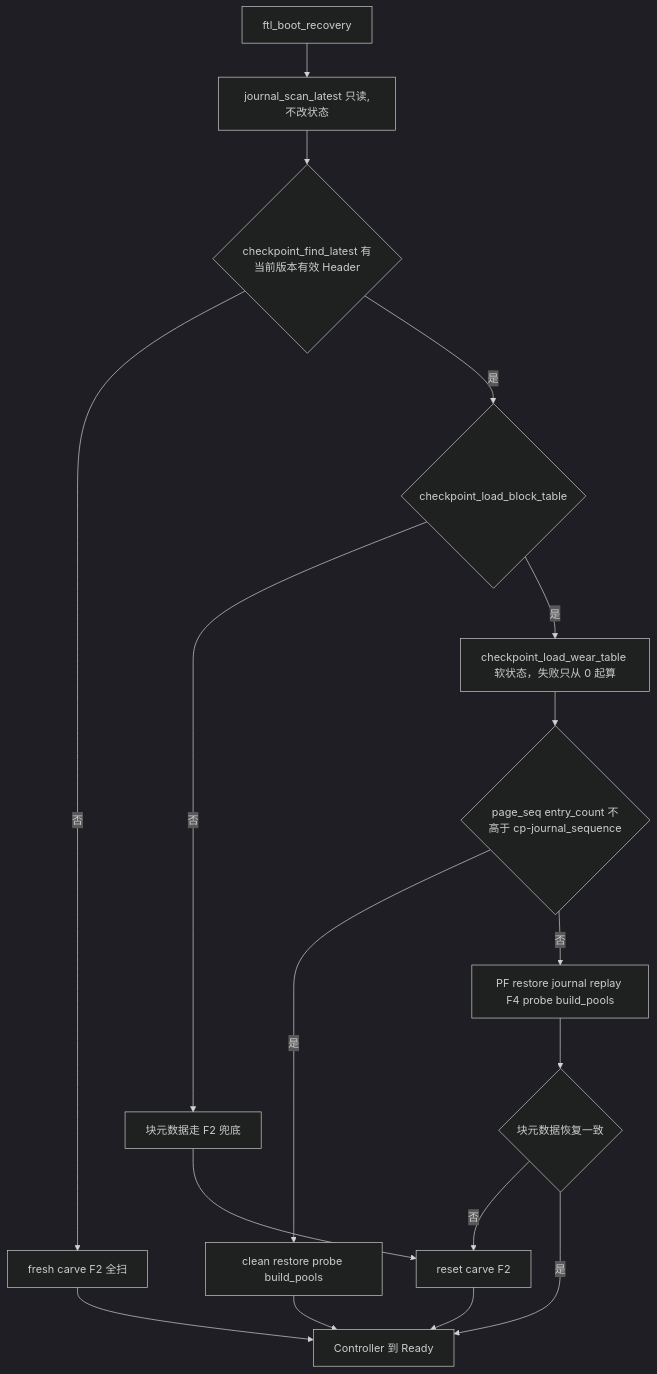
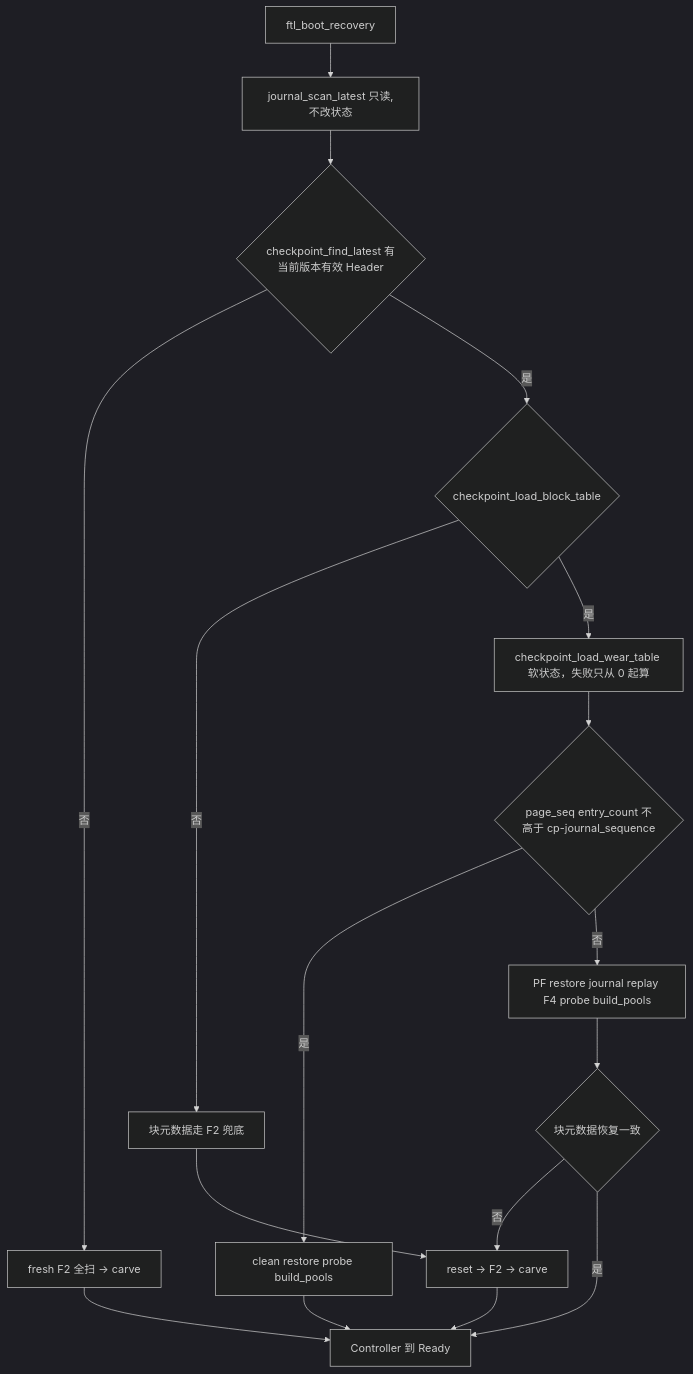
One commit to YzYMIAO/BASESSD changed the sixth of 32 diagrams in docs/design/ftl_design.md. Above: the diagram before and after it, drawn with Mermaid (dark theme). The commit also changed other lines of this file and 17 other files, not shown here.

````diff
--- a/docs/design/ftl_design.md
+++ b/docs/design/ftl_design.md
@@ -1055,19 +1071,19 @@
 ```mermaid
 flowchart TD
     BOOT["ftl_boot_recovery"] --> LATEST["journal_scan_latest 只读,不改状态"]
     LATEST --> FIND{"checkpoint_find_latest 有当前版本有效 Header"}
-    FIND -- "否" --> FRESH["fresh carve F2 全扫"]
+    FIND -- "否" --> FRESH["fresh F2 全扫 → carve"]
     FIND -- "是" --> LOAD{"checkpoint_load_block_table"}
     LOAD -- "否" --> PFALL["块元数据走 F2 兜底"]
     LOAD -- "是" --> WEAR["checkpoint_load_wear_table 软状态，失败只从 0 起算"]
     WEAR --> JUDGE{"page_seq entry_count 不高于 cp-journal_sequence"}
     JUDGE -- "是" --> CLEAN["clean restore probe build_pools"]
     JUDGE -- "否" --> PF["PF restore journal replay F4 probe build_pools"]
-    PFALL --> F2["reset carve F2"]
+    PFALL --> F2["reset → F2 → carve"]
     PF --> PFOk{"块元数据恢复一致"}
     PFOk -- "否" --> F2
     PFOk -- "是" --> READY["Controller 到 Ready"]
     CLEAN --> READY
     FRESH --> READY
     F2 --> READY
 ```
````
